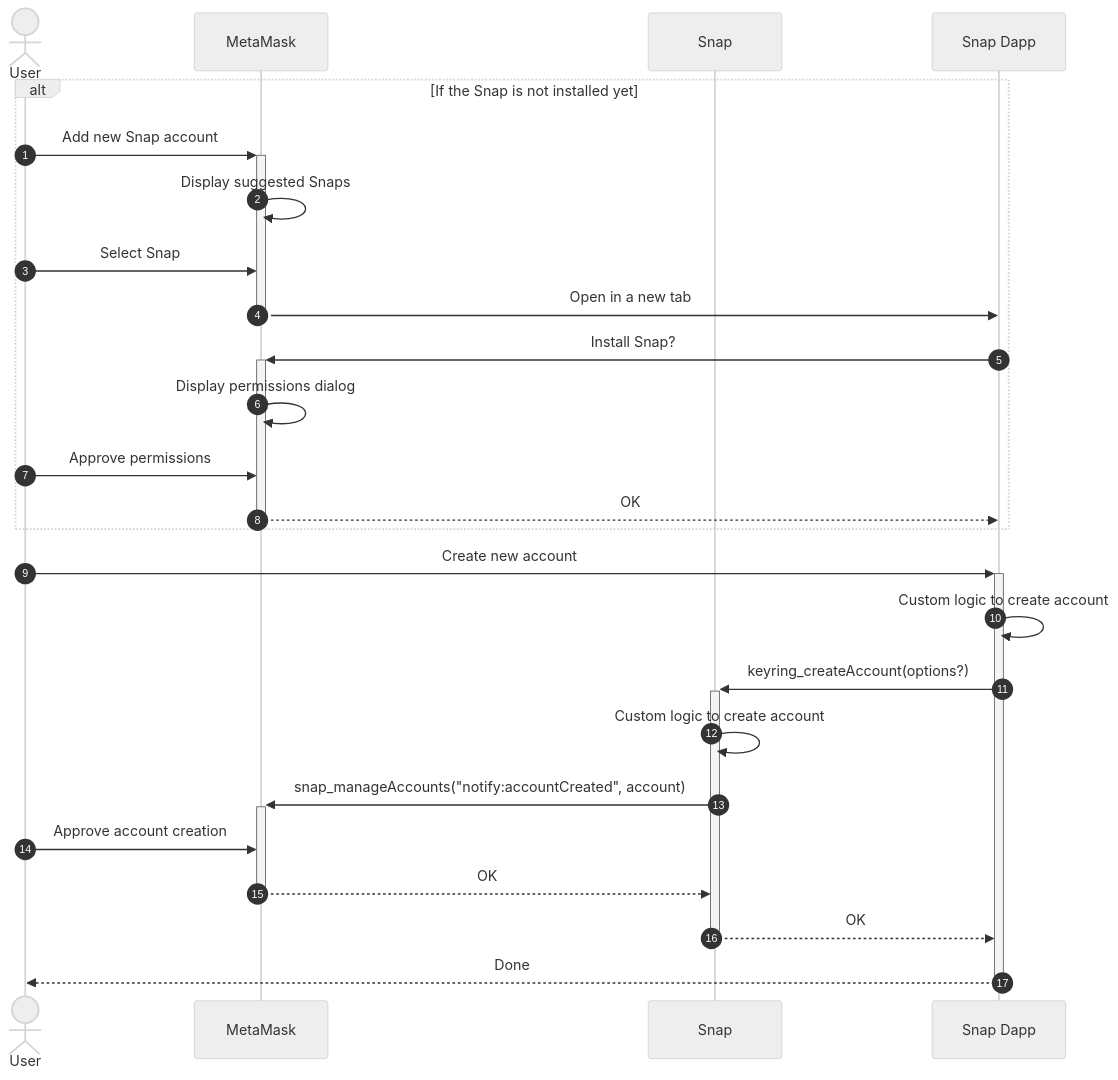
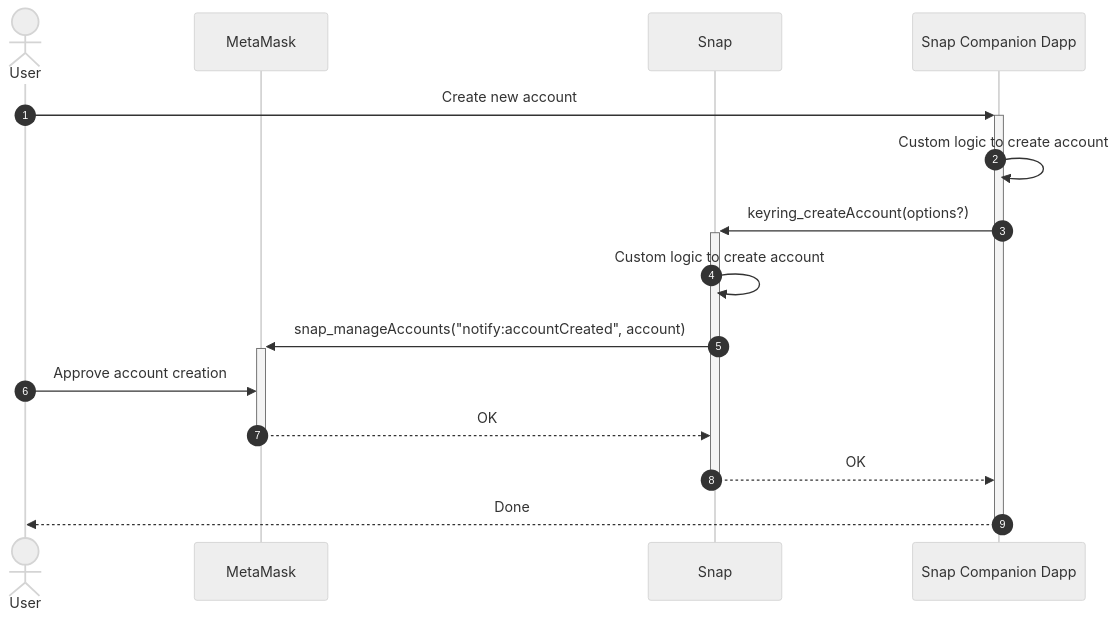
The fourth of 6 diagrams in docs/architecture.md (MetaMask/keyring-api), drawn with Mermaid (neutral theme) before and after one commit. The commit also changed other lines of this file and 2 other files, not shown here.

First line of the commit message:
docs: add components diagram and minor changes (#179)

````diff
--- a/docs/architecture.md
+++ b/docs/architecture.md
@@ -55,32 +110,19 @@
 ```mermaid
 sequenceDiagram
 autonumber
 
 actor User
 participant MetaMask
 participant Snap
-participant Site as Snap Dapp
-
-alt If the Snap is not installed yet
-  User ->>+ MetaMask: Add new Snap account
-  MetaMask ->> MetaMask: Display suggested Snaps
-  User ->> MetaMask: Select Snap
-  MetaMask ->> Site: Open in a new tab
-  deactivate MetaMask
-
-  Site ->>+ MetaMask: Install Snap?
-  MetaMask ->> MetaMask: Display permissions dialog
-  User ->> MetaMask: Approve permissions
-  MetaMask -->>- Site: OK
-end
+participant Site as Snap Companion Dapp
 
 User ->>+ Site: Create new account
 Site ->> Site: Custom logic to create account
 Site ->>+ Snap: keyring_createAccount(options?)
 Snap ->> Snap: Custom logic to create account
 Snap ->>+ MetaMask: snap_manageAccounts("notify:accountCreated", account)
 User ->> MetaMask: Approve account creation
 MetaMask -->>- Snap: OK
 Snap -->>- Site: OK
 Site -->>- User: Done
 ```
````
